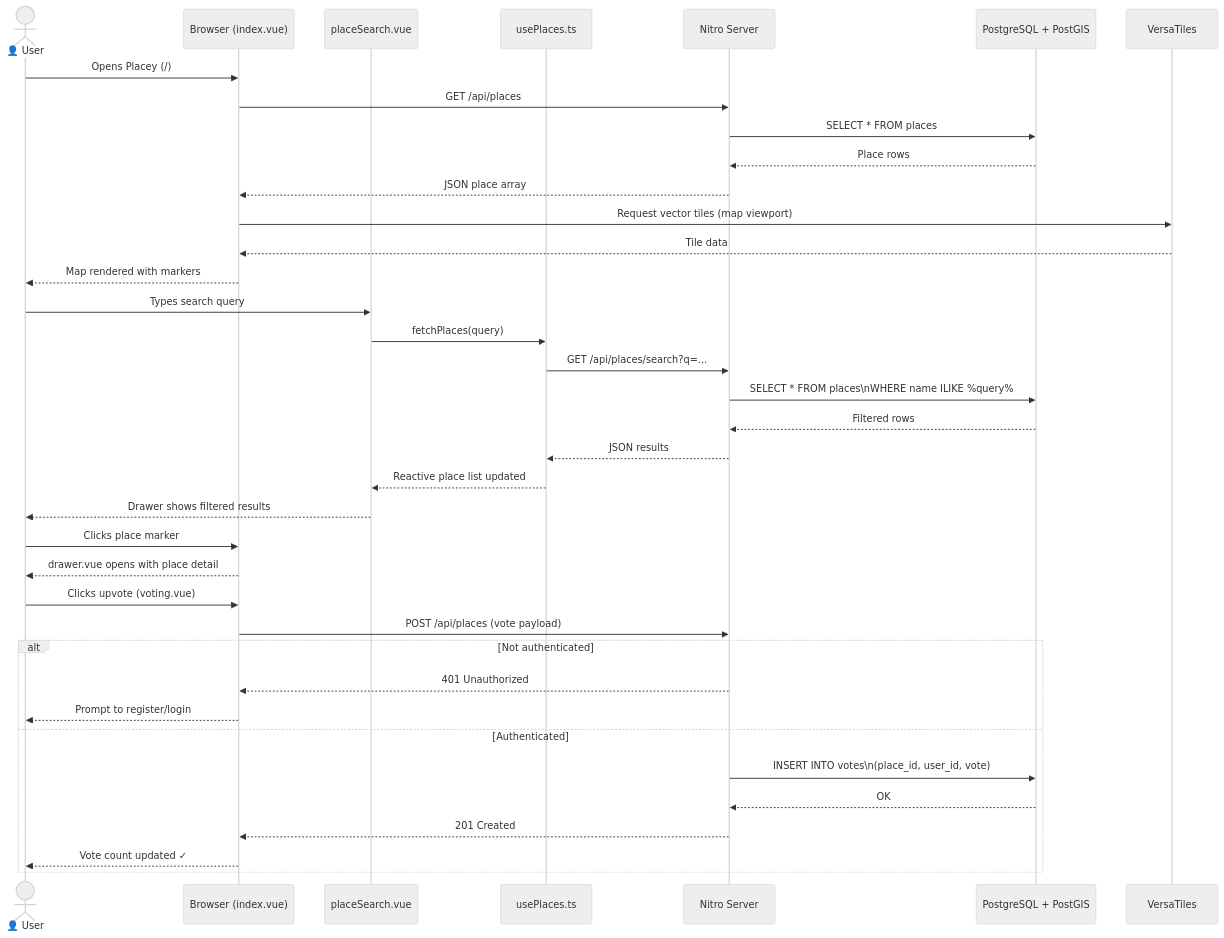
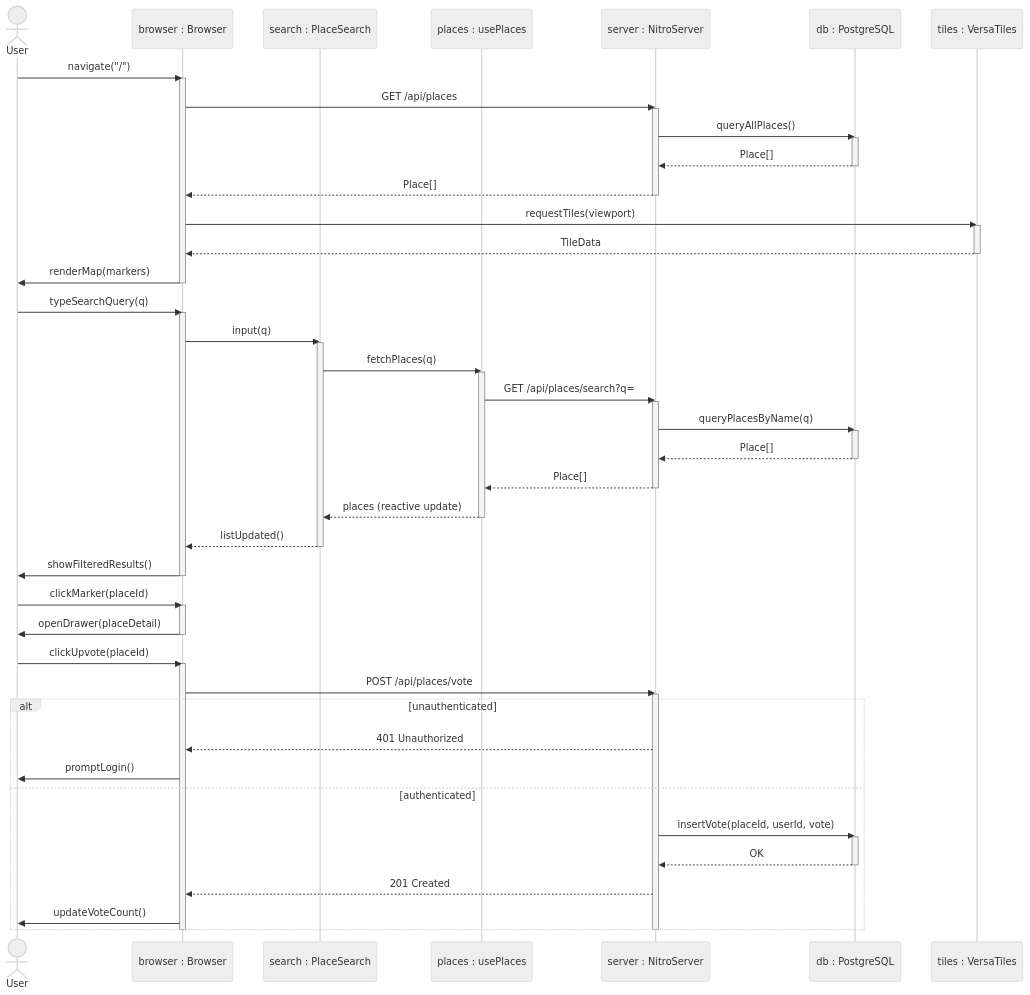
One commit to urban05/placey changed the diagram in docs/project-management/sequence-diagram.md. Above: the diagram before and after it, drawn with Mermaid.

Commit message:
Refactor sequence diagram for clarity and updates

````diff
--- a/docs/project-management/sequence-diagram.md
+++ b/docs/project-management/sequence-diagram.md
@@ -3,48 +3,76 @@
 ```mermaid
 ---
 config:
   layout: elk
   theme: neutral
 ---
 sequenceDiagram
-  actor User as 👤 User
-  participant B as Browser (index.vue)
-  participant PS as placeSearch.vue
-  participant uP as usePlaces.ts
-  participant N as Nitro Server
-  participant PG as PostgreSQL + PostGIS
-  participant VT as VersaTiles
+  actor User
+  participant B as browser : Browser
+  participant PS as search : PlaceSearch
+  participant uP as places : usePlaces
+  participant N as server : NitroServer
+  participant PG as db : PostgreSQL
+  participant VT as tiles : VersaTiles
 
-  User->>B: Opens Placey (/)
+  User->>B: navigate("/")
+  activate B
   B->>N: GET /api/places
-  N->>PG: SELECT * FROM places
-  PG-->>N: Place rows
-  N-->>B: JSON place array
-  B->>VT: Request vector tiles (map viewport)
-  VT-->>B: Tile data
-  B-->>User: Map rendered with markers
+  activate N
+  N->>PG: queryAllPlaces()
+  activate PG
+  PG-->>N: Place[]
+  deactivate PG
+  N-->>B: Place[]
+  deactivate N
+  B->>VT: requestTiles(viewport)
+  activate VT
+  VT-->>B: TileData
+  deactivate VT
+  B->>User: renderMap(markers)
+  deactivate B
 
-  User->>PS: Types search query
-  PS->>uP: fetchPlaces(query)
-  uP->>N: GET /api/places/search?q=...
-  N->>PG: SELECT * FROM places\nWHERE name ILIKE %query%
-  PG-->>N: Filtered rows
-  N-->>uP: JSON results
-  uP-->>PS: Reactive place list updated
-  PS-->>User: Drawer shows filtered results
+  User->>B: typeSearchQuery(q)
+  activate B
+  B->>PS: input(q)
+  activate PS
+  PS->>uP: fetchPlaces(q)
+  activate uP
+  uP->>N: GET /api/places/search?q=
+  activate N
+  N->>PG: queryPlacesByName(q)
+  activate PG
+  PG-->>N: Place[]
+  deactivate PG
+  N-->>uP: Place[]
+  deactivate N
+  uP-->>PS: places (reactive update)
+  deactivate uP
+  PS-->>B: listUpdated()
+  deactivate PS
+  B->>User: showFilteredResults()
+  deactivate B
 
-  User->>B: Clicks place marker
-  B-->>User: drawer.vue opens with place detail
+  User->>B: clickMarker(placeId)
+  activate B
+  B->>User: openDrawer(placeDetail)
+  deactivate B
 
-  User->>B: Clicks upvote (voting.vue)
-  B->>N: POST /api/places (vote payload)
-  alt Not authenticated
+  User->>B: clickUpvote(placeId)
+  activate B
+  B->>N: POST /api/places/vote
+  activate N
+  alt unauthenticated
     N-->>B: 401 Unauthorized
-    B-->>User: Prompt to register/login
-  else Authenticated
-    N->>PG: INSERT INTO votes\n(place_id, user_id, vote)
+    B->>User: promptLogin()
+  else authenticated
+    N->>PG: insertVote(placeId, userId, vote)
+    activate PG
     PG-->>N: OK
+    deactivate PG
     N-->>B: 201 Created
-    B-->>User: Vote count updated ✓
+    B->>User: updateVoteCount()
   end
+  deactivate N
+  deactivate B
 ```
````
